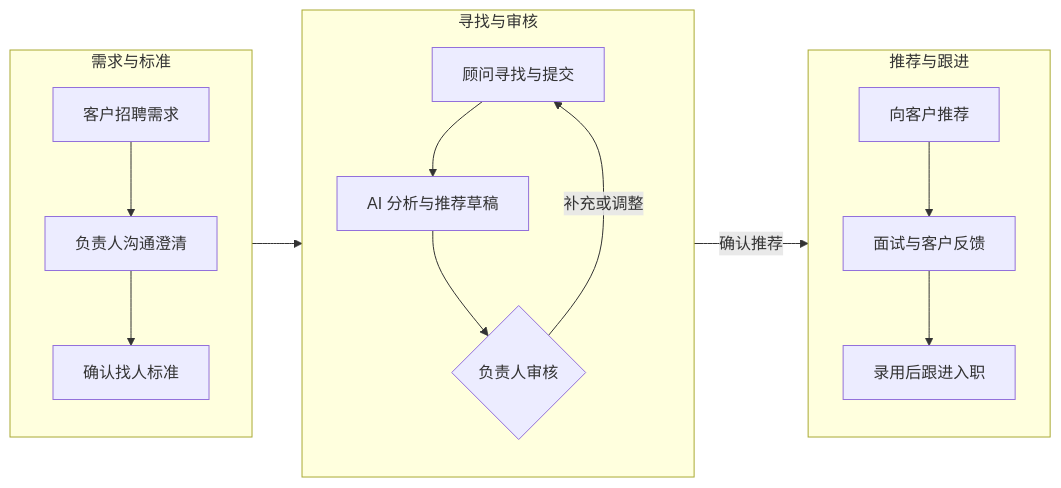
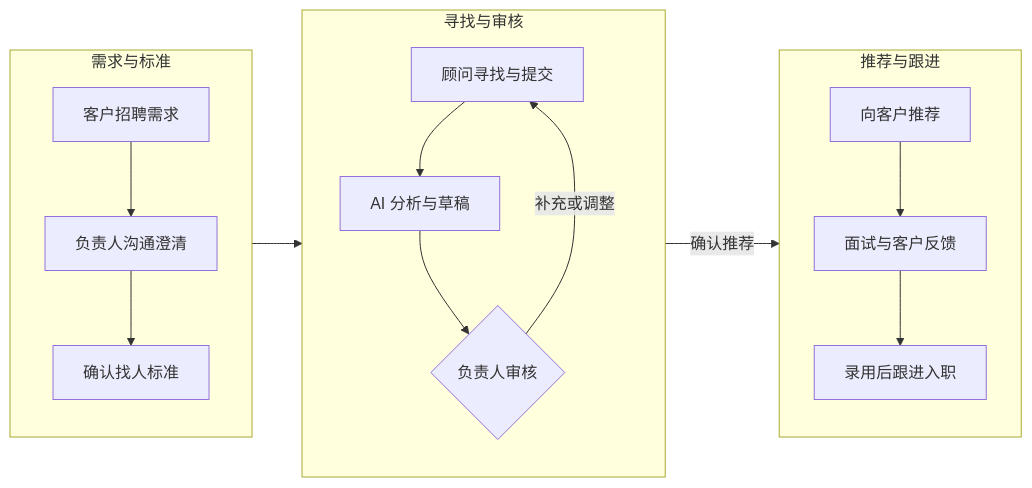
One commit to cytlabs/personal-site changed the first of 2 diagrams in content/cases/recruitment-delivery.md. Above: the diagram before and after it, drawn with Mermaid. The commit also changed other lines of this file and 8 other files, not shown here.

Commit message:
完善图表阅读顺序与语义换行

````diff
--- a/content/cases/recruitment-delivery.md
+++ b/content/cases/recruitment-delivery.md
@@ -17,18 +17,18 @@
 ```mermaid
 flowchart LR
     subgraph RQ["需求与标准"]
         direction TB
         A["客户招聘需求"] --> B["负责人沟通澄清"] --> C["确认找人标准"]
     end
     subgraph DL["寻找与审核"]
         direction TB
-        D["顾问寻找与提交"] --> E["AI 分析与推荐草稿"] --> F{"负责人审核"}
+        D["顾问寻找与提交"] --> E["AI 分析与草稿"] --> F{"负责人审核"}
         F -->|补充或调整| D
     end
     subgraph RC["推荐与跟进"]
         direction TB
         G["向客户推荐"] --> H["面试与客户反馈"] --> I["录用后跟进入职"]
     end
     RQ --> DL
     DL -->|确认推荐| RC
 ```
````
